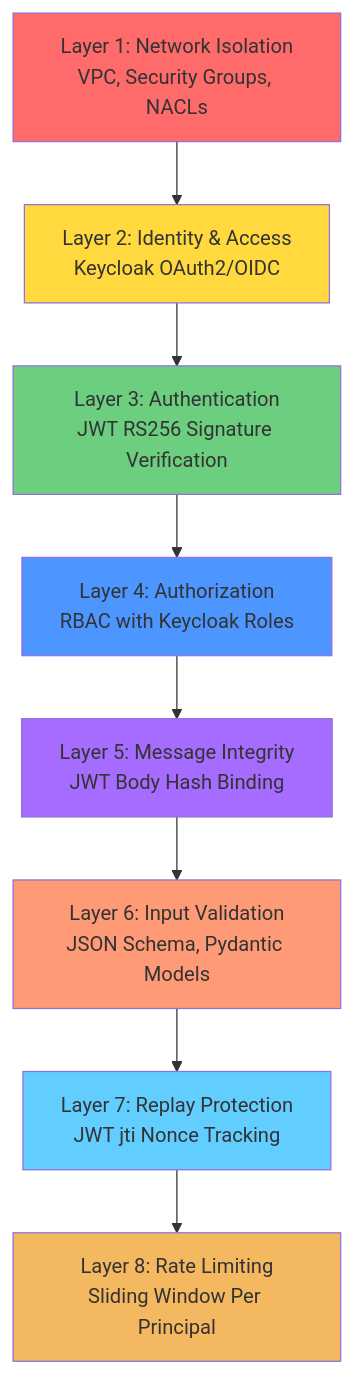
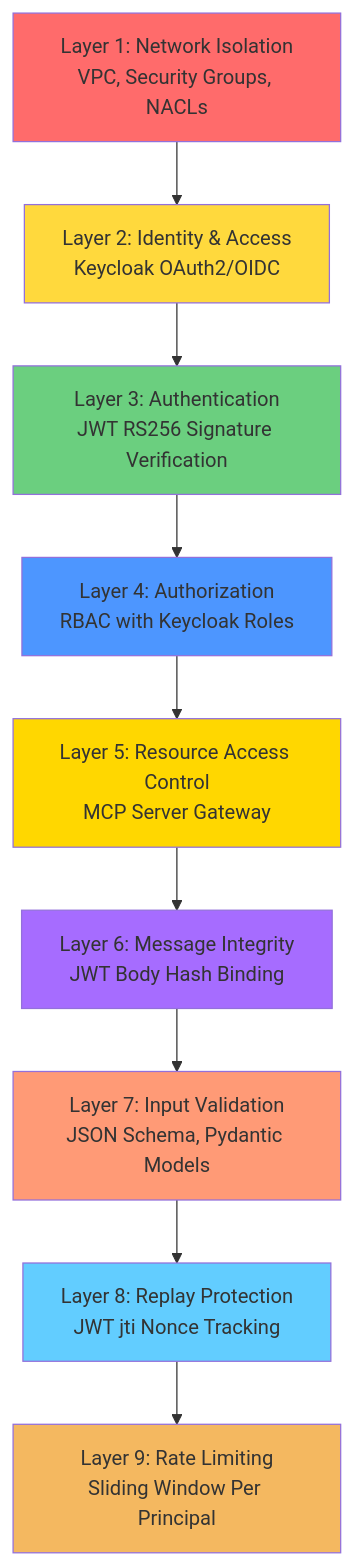
The second of 8 diagrams in A2A_SECURITY_ARCHITECTURE.md (jaafar-benabderrazak/ca_a2a), drawn with Mermaid before and after one commit. The commit also changed other lines of this file, not shown here.

First line of the commit message:
Update security architecture documentation with MCP Server

````diff
--- a/A2A_SECURITY_ARCHITECTURE.md
+++ b/A2A_SECURITY_ARCHITECTURE.md
@@ -127,22 +131,24 @@
 ```mermaid
 graph TB
     L1[Layer 1: Network Isolation<br/>VPC, Security Groups, NACLs]
     L2[Layer 2: Identity & Access<br/>Keycloak OAuth2/OIDC]
     L3[Layer 3: Authentication<br/>JWT RS256 Signature Verification]
     L4[Layer 4: Authorization<br/>RBAC with Keycloak Roles]
-    L5[Layer 5: Message Integrity<br/>JWT Body Hash Binding]
-    L6[Layer 6: Input Validation<br/>JSON Schema, Pydantic Models]
-    L7[Layer 7: Replay Protection<br/>JWT jti Nonce Tracking]
-    L8[Layer 8: Rate Limiting<br/>Sliding Window Per Principal]
+    L5[Layer 5: Resource Access Control<br/>MCP Server Gateway]
+    L6[Layer 6: Message Integrity<br/>JWT Body Hash Binding]
+    L7[Layer 7: Input Validation<br/>JSON Schema, Pydantic Models]
+    L8[Layer 8: Replay Protection<br/>JWT jti Nonce Tracking]
+    L9[Layer 9: Rate Limiting<br/>Sliding Window Per Principal]
     
-    L1 --> L2 --> L3 --> L4 --> L5 --> L6 --> L7 --> L8
+    L1 --> L2 --> L3 --> L4 --> L5 --> L6 --> L7 --> L8 --> L9
     
     style L1 fill:#ff6b6b
     style L2 fill:#ffd93d
     style L3 fill:#6bcf7f
     style L4 fill:#4d96ff
-    style L5 fill:#a66cff
-    style L6 fill:#ff9a76
-    style L7 fill:#62cdff
-    style L8 fill:#f4b860
+    style L5 fill:#ffd700
+    style L6 fill:#a66cff
+    style L7 fill:#ff9a76
+    style L8 fill:#62cdff
+    style L9 fill:#f4b860
 ```
````
